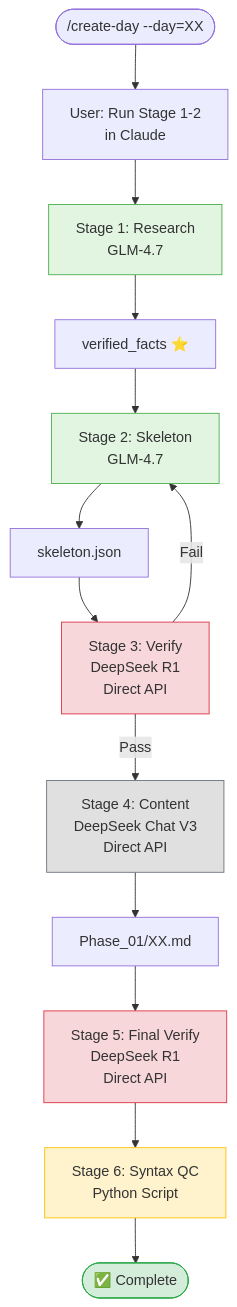
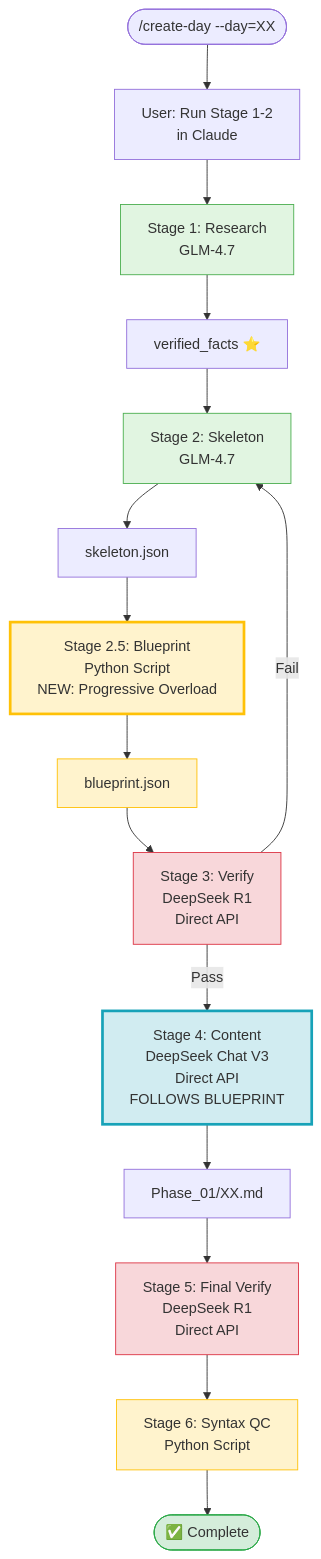
The diagram in .claude/skills/content-creation/SKILL.md (wramet/build-my-cfd), drawn with Mermaid before and after one commit. The commit also changed other lines of this file and 4 other files, not shown here.

First line of the commit message:
refactor: remove .ccproxy_alt proxy, use direct API connections

````diff
--- a/.claude/skills/content-creation/SKILL.md
+++ b/.claude/skills/content-creation/SKILL.md
@@ -55,23 +56,27 @@
 ```mermaid
 flowchart TD
     Start([/create-day --day=XX]) --> User1[User: Run Stage 1-2<br/>in Claude]
     User1 --> R1[Stage 1: Research<br/>GLM-4.7]
     R1 --> F[verified_facts ⭐]
     F --> R2[Stage 2: Skeleton<br/>GLM-4.7]
     R2 --> S[skeleton.json]
-    S --> V1[Stage 3: Verify<br/>DeepSeek R1<br/>Direct API]
-    V1 -->|Pass| D[Stage 4: Content<br/>DeepSeek Chat V3<br/>Direct API]
+    S --> BP[Stage 2.5: Blueprint<br/>Python Script<br/>NEW: Progressive Overload]
+    BP --> BL[blueprint.json]
+    BL --> V1[Stage 3: Verify<br/>DeepSeek R1<br/>Direct API]
+    V1 -->|Pass| D[Stage 4: Content<br/>DeepSeek Chat V3<br/>Direct API<br/>FOLLOWS BLUEPRINT]
     V1 -->|Fail| R2
     D --> C[Phase_01/XX.md]
     C --> V2[Stage 5: Final Verify<br/>DeepSeek R1<br/>Direct API]
     V2 --> QC[Stage 6: Syntax QC<br/>Python Script]
     QC --> Done([✅ Complete])
 
     style R1 fill:#e1f5e1,stroke:#4caf50
     style R2 fill:#e1f5e1,stroke:#4caf50
+    style BP fill:#fff3cd,stroke:#ffc107,stroke-width:3px
+    style BL fill:#fff3cd,stroke:#ffc107
     style V1 fill:#f8d7da,stroke:#dc3545
     style V2 fill:#f8d7da,stroke:#dc3545
-    style D fill:#e0e0e0,stroke:#6c757d
+    style D fill:#d1ecf1,stroke:#17a2b8,stroke-width:3px
     style QC fill:#fff3cd,stroke:#ffc107
     style Done fill:#d4edda,stroke:#28a745
 ```
````
